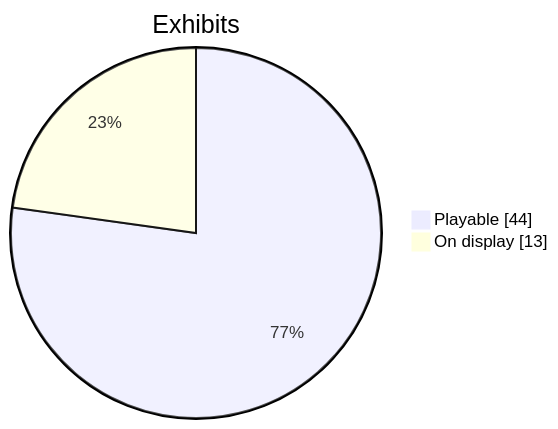
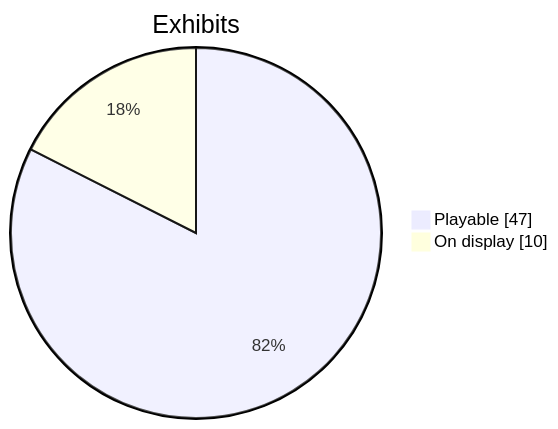
Before and after one commit to CptNope/Librarium-Archives: the second of 2 diagrams in docs/roadmap.md, drawn with Mermaid. The commit also changed other lines of this file and 15 other files, not shown here.

````diff
--- a/docs/roadmap.md
+++ b/docs/roadmap.md
@@ -20,6 +21,6 @@
 ```mermaid
 pie showData
     title Exhibits
-    "Playable" : 44
-    "On display" : 13
+    "Playable" : 47
+    "On display" : 10
 ```
````
